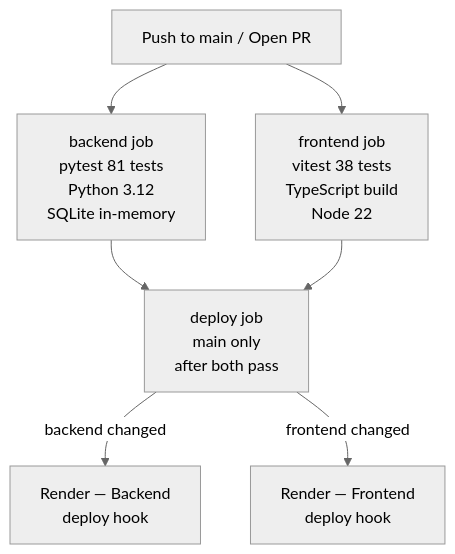
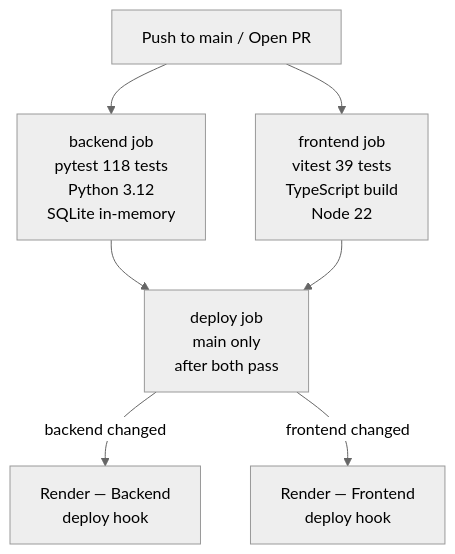
Before and after one commit to Prakashtiwari7415/loanwise-AI: the diagram in docs/cicd.md, drawn with Mermaid (neutral theme).

Commit message:
made some changes

````diff
--- a/docs/cicd.md
+++ b/docs/cicd.md
@@ -7,16 +7,16 @@
 ```mermaid
 flowchart TD
     Push["Push to main / Open PR"]
-    Backend["backend job\npytest 81 tests\nPython 3.12\nSQLite in-memory"]
-    Frontend["frontend job\nvitest 38 tests\nTypeScript build\nNode 22"]
+    Backend["backend job\npytest 118 tests\nPython 3.12\nSQLite in-memory"]
+    Frontend["frontend job\nvitest 39 tests\nTypeScript build\nNode 22"]
     Deploy["deploy job\nmain only\nafter both pass"]
     BackendHook["Render — Backend\ndeploy hook"]
     FrontendHook["Render — Frontend\ndeploy hook"]
 
     Push --> Backend
     Push --> Frontend
     Backend --> Deploy
     Frontend --> Deploy
     Deploy -->|"backend changed"| BackendHook
     Deploy -->|"frontend changed"| FrontendHook
 ```
````
